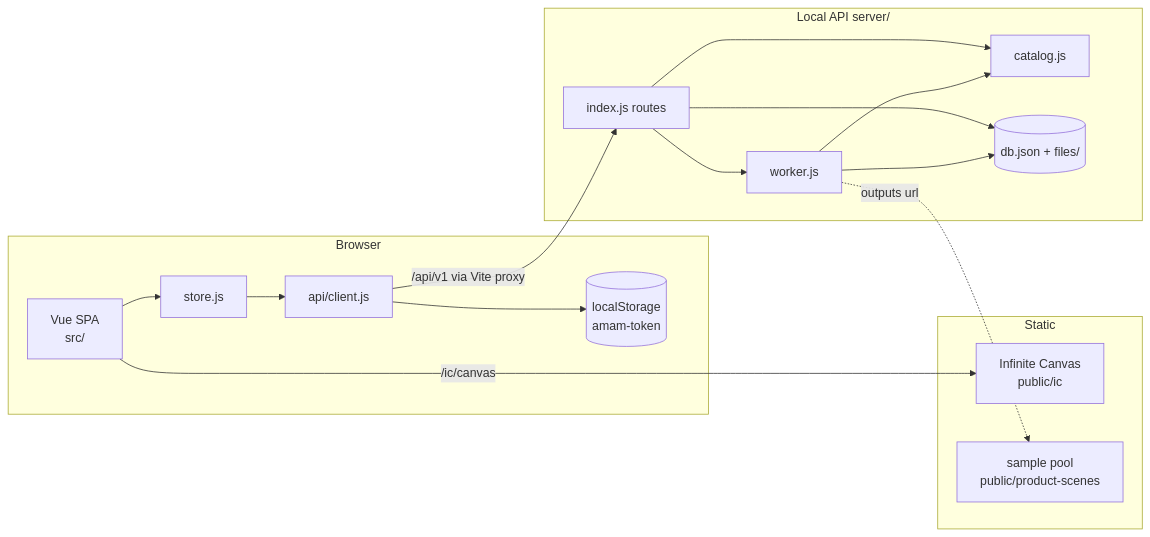
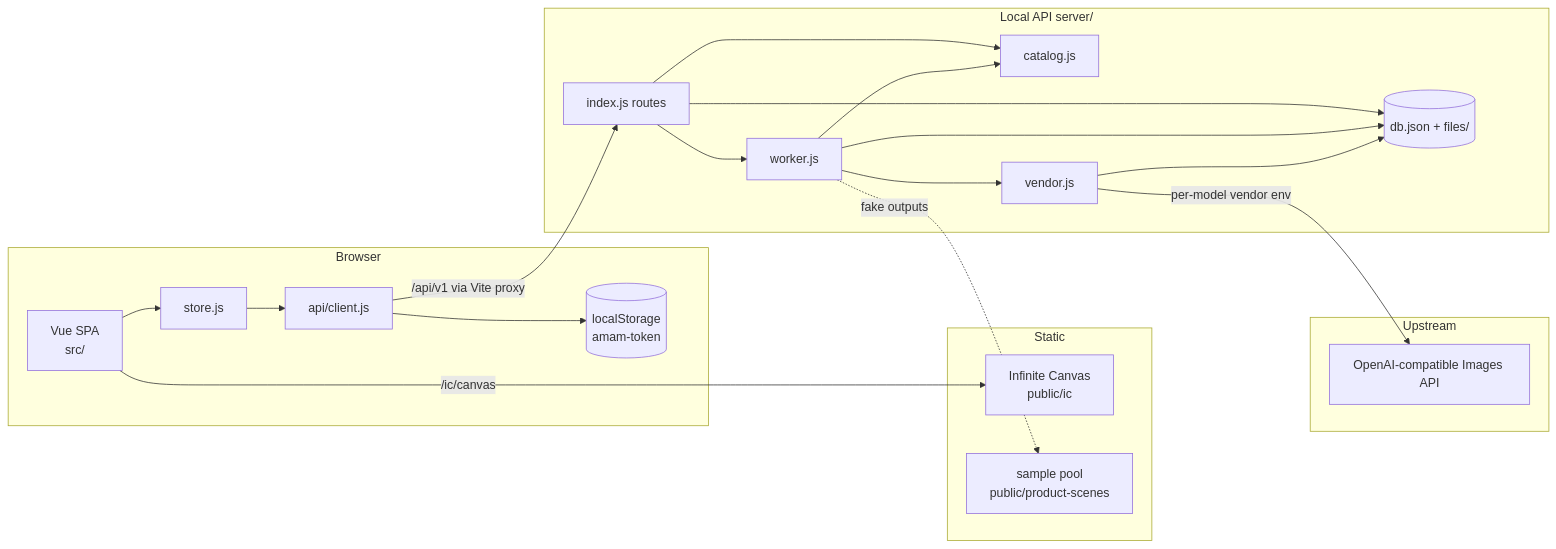
One commit to xxl0915/monkeycode_amam changed the first of 3 diagrams in .monkeycode/docs/ARCHITECTURE.md. Above: the diagram before and after it, drawn with Mermaid. The commit also changed other lines of this file and 43 other files, not shown here.

````diff
--- a/.monkeycode/docs/ARCHITECTURE.md
+++ b/.monkeycode/docs/ARCHITECTURE.md
@@ -144,33 +146,41 @@
 ```mermaid
 flowchart LR
     subgraph Browser
         UI["Vue SPA<br/>src/"]
         Store["store.js"]
         Client["api/client.js"]
         LS[("localStorage<br/>amam-token")]
     end
 
     subgraph Static
         IC["Infinite Canvas<br/>public/ic"]
         Samples["sample pool<br/>public/product-scenes"]
     end
 
     subgraph Server["Local API server/"]
         Routes["index.js routes"]
         Catalog["catalog.js"]
         DB[("db.json + files/")]
         Worker["worker.js"]
+        Vendor["vendor.js"]
+    end
+
+    subgraph Upstream
+        Images["OpenAI-compatible Images API"]
     end
 
     UI --> Store
     Store --> Client
     Client --> LS
     Client -->|"/api/v1 via Vite proxy"| Routes
     Routes --> Catalog
     Routes --> DB
     Routes --> Worker
     Worker --> Catalog
     Worker --> DB
+    Worker --> Vendor
+    Vendor -->|"per-model vendor env"| Images
+    Vendor --> DB
     UI -->|"/ic/canvas"| IC
-    Worker -.->|outputs url| Samples
+    Worker -.->|fake outputs| Samples
 ```
````
